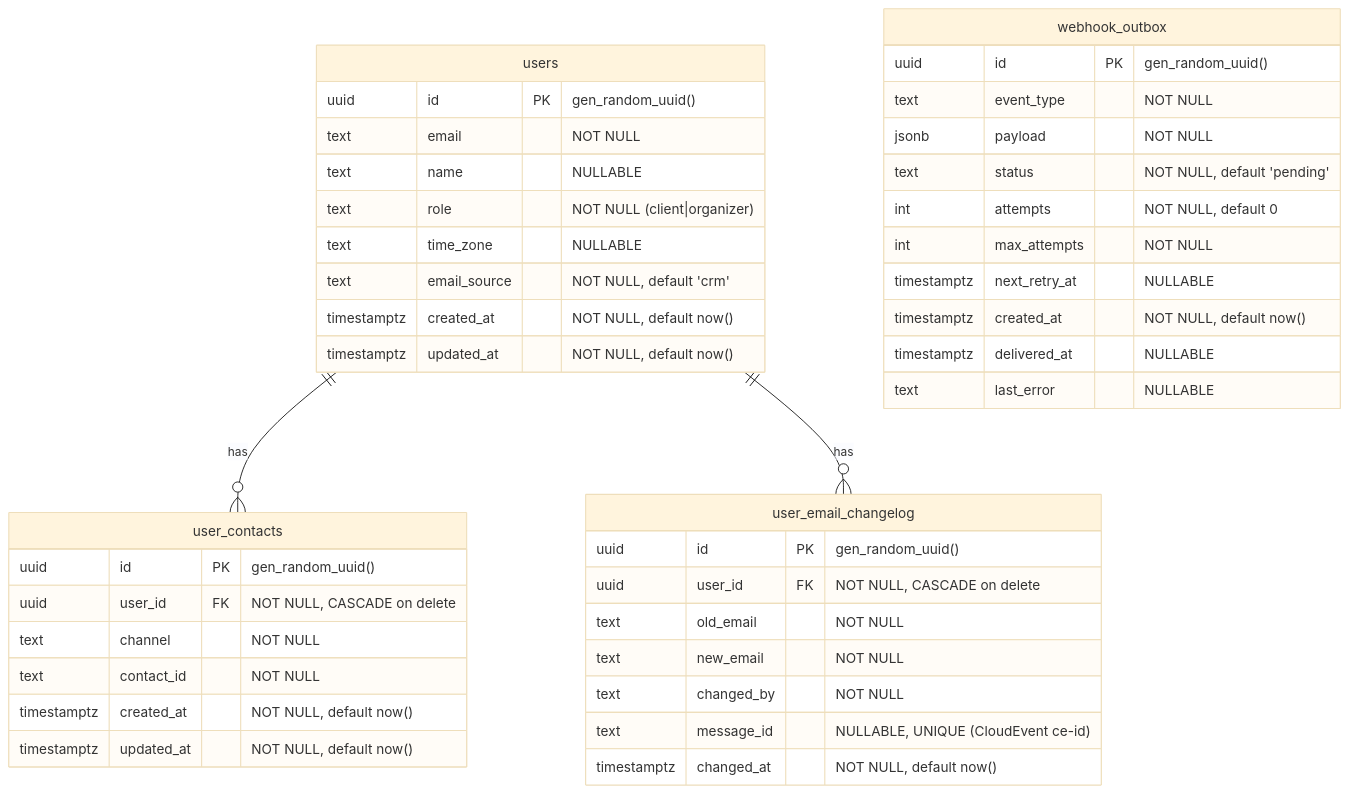
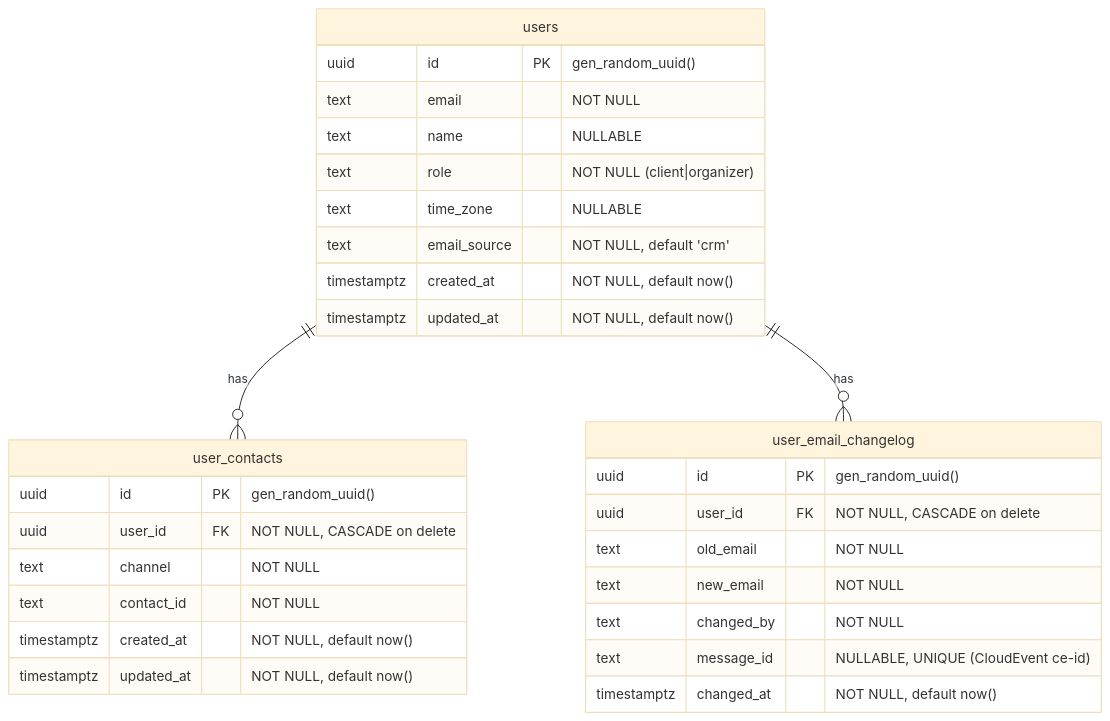
One commit to Lelikov/event-users changed the diagram in docs/DATA_MODEL.md. Above: the diagram before and after it, drawn with Mermaid (base theme). The commit also changed other lines of this file and 5 other files, not shown here.

First line of the commit message:
docs(event-users): drop CRM sync + webhook from service docs

````diff
--- a/docs/DATA_MODEL.md
+++ b/docs/DATA_MODEL.md
@@ -5,48 +5,35 @@
 ```mermaid
 erDiagram
     users {
         uuid id PK "gen_random_uuid()"
         text email "NOT NULL"
         text name "NULLABLE"
         text role "NOT NULL (client|organizer)"
         text time_zone "NULLABLE"
         text email_source "NOT NULL, default 'crm'"
         timestamptz created_at "NOT NULL, default now()"
         timestamptz updated_at "NOT NULL, default now()"
     }
 
     user_contacts {
         uuid id PK "gen_random_uuid()"
         uuid user_id FK "NOT NULL, CASCADE on delete"
         text channel "NOT NULL"
         text contact_id "NOT NULL"
         timestamptz created_at "NOT NULL, default now()"
         timestamptz updated_at "NOT NULL, default now()"
     }
 
     user_email_changelog {
         uuid id PK "gen_random_uuid()"
         uuid user_id FK "NOT NULL, CASCADE on delete"
         text old_email "NOT NULL"
         text new_email "NOT NULL"
         text changed_by "NOT NULL"
         text message_id "NULLABLE, UNIQUE (CloudEvent ce-id)"
         timestamptz changed_at "NOT NULL, default now()"
     }
 
-    webhook_outbox {
-        uuid id PK "gen_random_uuid()"
-        text event_type "NOT NULL"
-        jsonb payload "NOT NULL"
-        text status "NOT NULL, default 'pending'"
-        int attempts "NOT NULL, default 0"
-        int max_attempts "NOT NULL"
-        timestamptz next_retry_at "NULLABLE"
-        timestamptz created_at "NOT NULL, default now()"
-        timestamptz delivered_at "NULLABLE"
-        text last_error "NULLABLE"
-    }
-
     users ||--o{ user_contacts : "has"
     users ||--o{ user_email_changelog : "has"
 ```
````
